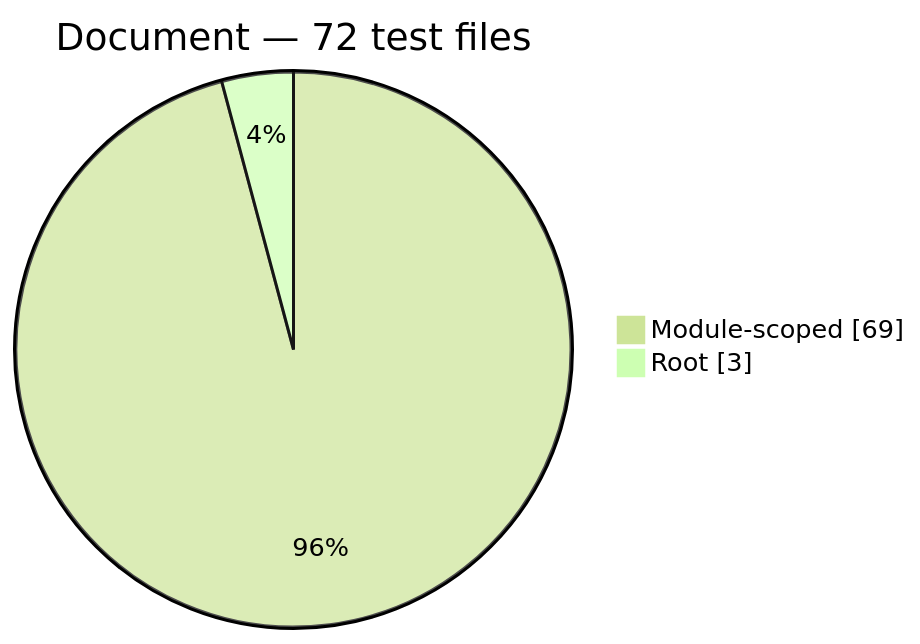
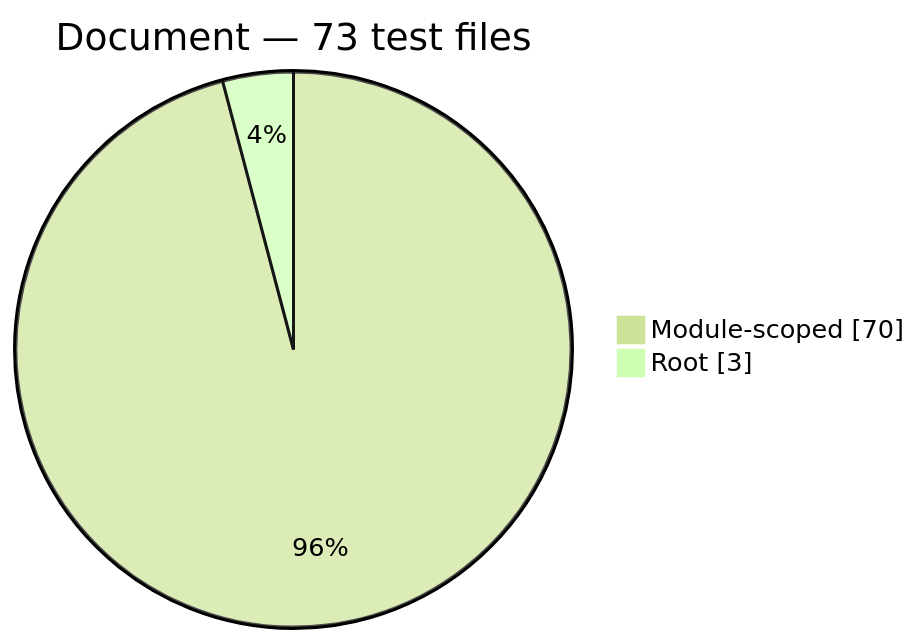
The fourth of 9 diagrams in docs/generated/test-composition.md (Mohammed-Alama/php-arazzo), drawn with Mermaid (forest theme) before and after one commit. The commit also changed other lines of this file and 16 other files, not shown here.

````diff
--- a/docs/generated/test-composition.md
+++ b/docs/generated/test-composition.md
@@ -56,6 +56,6 @@
 ```mermaid
 pie showData
-    title Document — 72 test files
-    "Module-scoped": 69
+    title Document — 73 test files
+    "Module-scoped": 70
     "Root": 3
 ```
````
